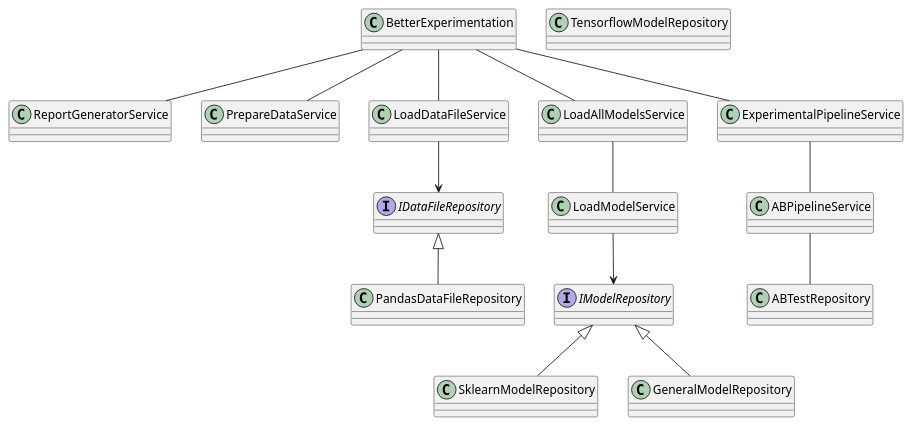
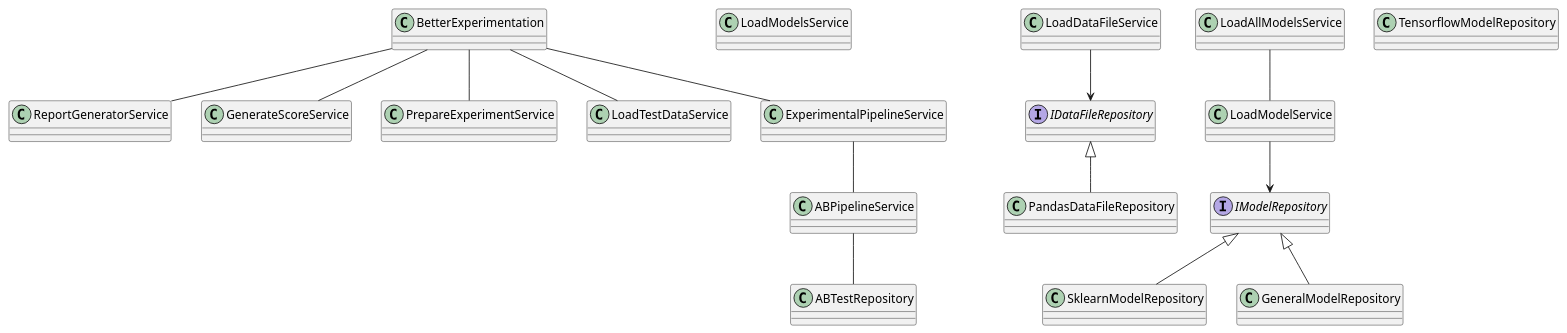
Before and after one commit to iuryrosal/ml-exp: the diagram in docs/class_diagram.plantuml, drawn with PlantUML.

Commit message:
docs: adjust class_diagram

```diff
--- a/docs/class_diagram.plantuml
+++ b/docs/class_diagram.plantuml
@@ -1,47 +1,47 @@
 @startuml
 class BetterExperimentation 
 
 class ReportGeneratorService
 
-class PrepareDataService
+class GenerateScoreService
 
-class LoadModelService
+class PrepareExperimentService
 
-class LoadDataFileService
+class LoadTestDataService
 
-class LoadAllModelsService
+class LoadModelsService
 
 class ExperimentalPipelineService
 
 class ABPipelineService
 
 class ABTestRepository
 
 interface IDataFileRepository
 
 class PandasDataFileRepository
 
 interface IModelRepository
 
 class SklearnModelRepository
 
 class TensorflowModelRepository
 
-BetterExperimentation -- PrepareDataService
-BetterExperimentation -- LoadAllModelsService
-BetterExperimentation -- LoadDataFileService
+BetterExperimentation -- GenerateScoreService
+BetterExperimentation -- PrepareExperimentService
+BetterExperimentation -- LoadTestDataService
 BetterExperimentation -- ExperimentalPipelineService
 BetterExperimentation -- ReportGeneratorService
 
 ExperimentalPipelineService -- ABPipelineService
 ABPipelineService -- ABTestRepository
 
 IDataFileRepository <|-- PandasDataFileRepository
 LoadDataFileService --> IDataFileRepository
 
 IModelRepository <|-- SklearnModelRepository
 IModelRepository <|-- GeneralModelRepository
 
 LoadAllModelsService -- LoadModelService
 LoadModelService --> IModelRepository
 @enduml
```
